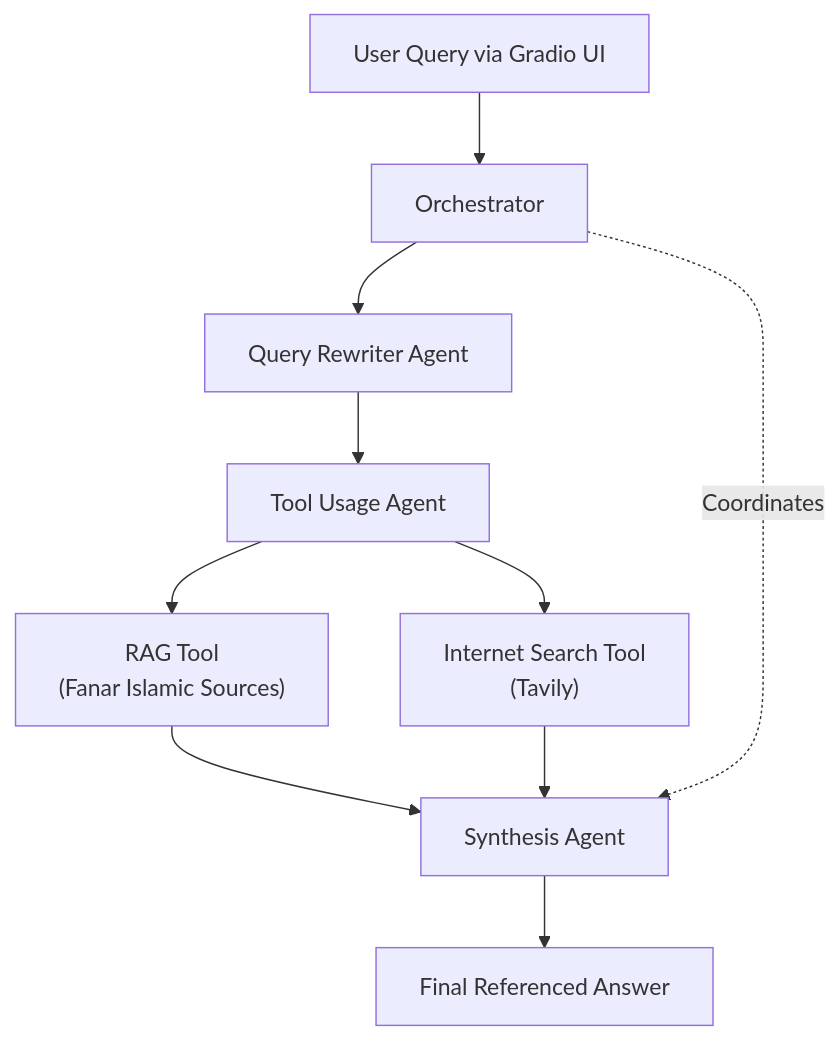
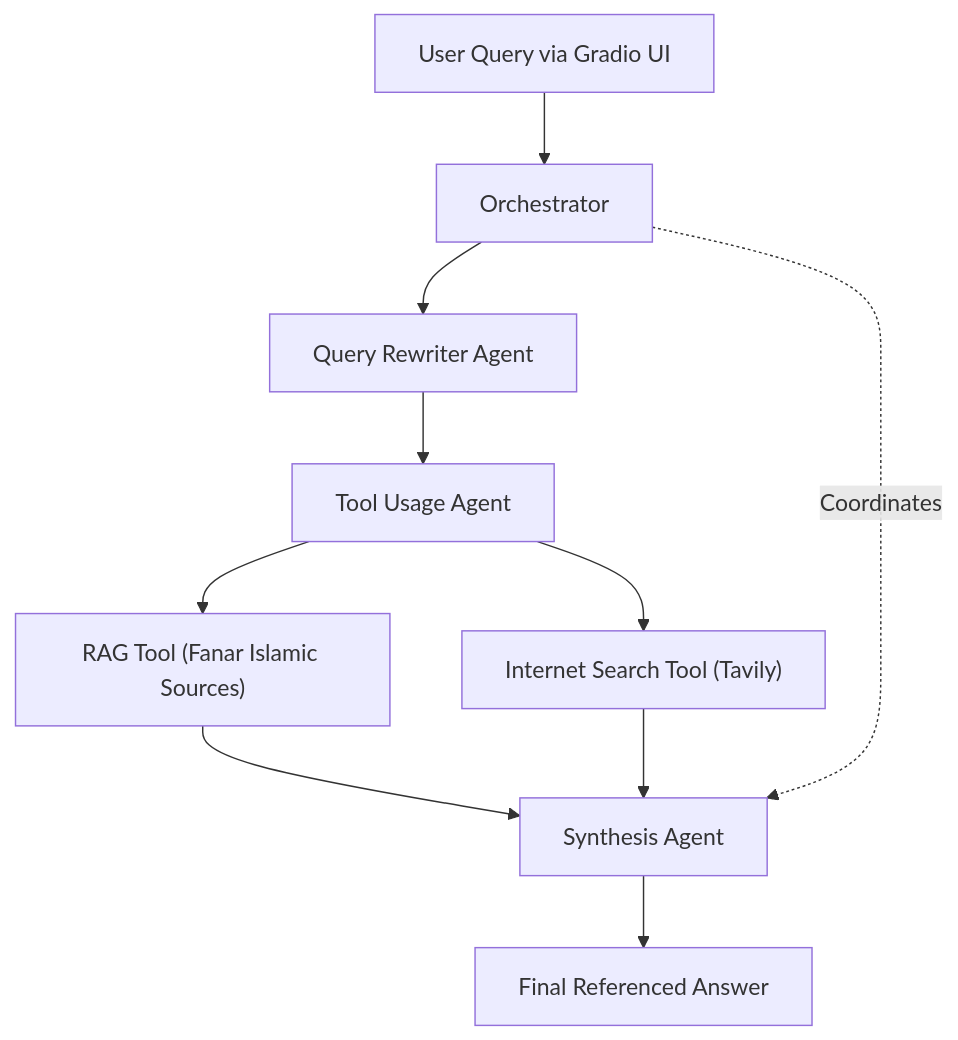
Before and after one commit to AbdullahMushtaq78/Fanar-based-Writing-Copilot: the diagram in README.md, drawn with Mermaid.

````diff
--- a/README.md
+++ b/README.md
@@ -46,12 +46,12 @@
 ```mermaid
 graph TD
     A[User Query via Gradio UI] --> B[Orchestrator]
     B --> C[Query Rewriter Agent]
     C --> D[Tool Usage Agent]
-    D --> E["RAG Tool\n(Fanar Islamic Sources)"]
-    D --> F["Internet Search Tool\n(Tavily)"]
+    D --> E["RAG Tool (Fanar Islamic Sources)"]
+    D --> F["Internet Search Tool (Tavily)"]
     E --> G[Synthesis Agent]
     F --> G
     G --> H[Final Referenced Answer]
     B -. Coordinates .-> G
 ```
````
